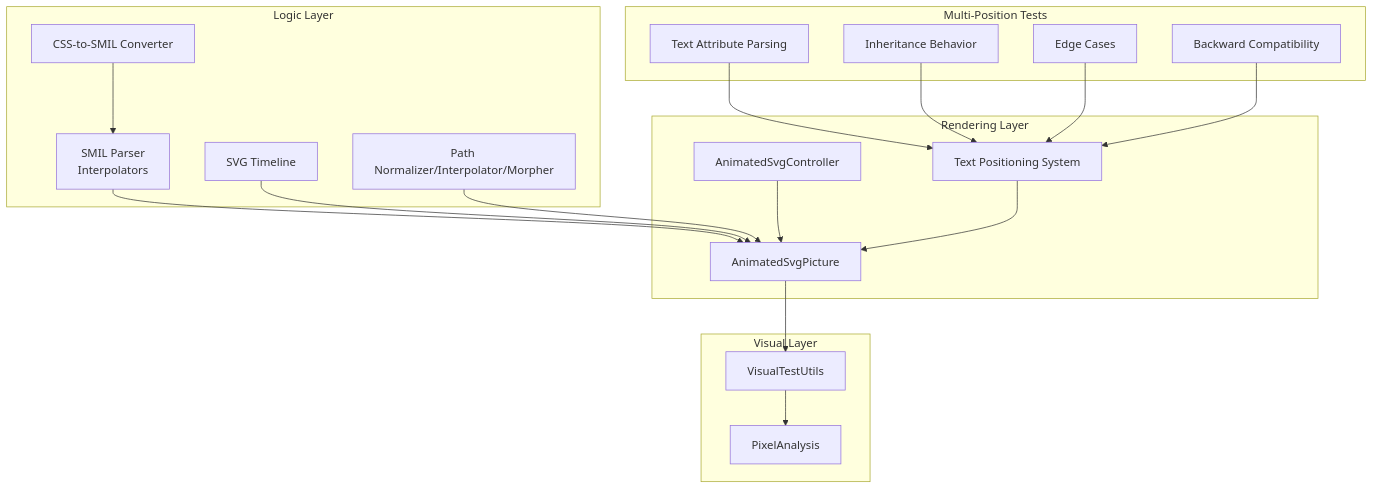
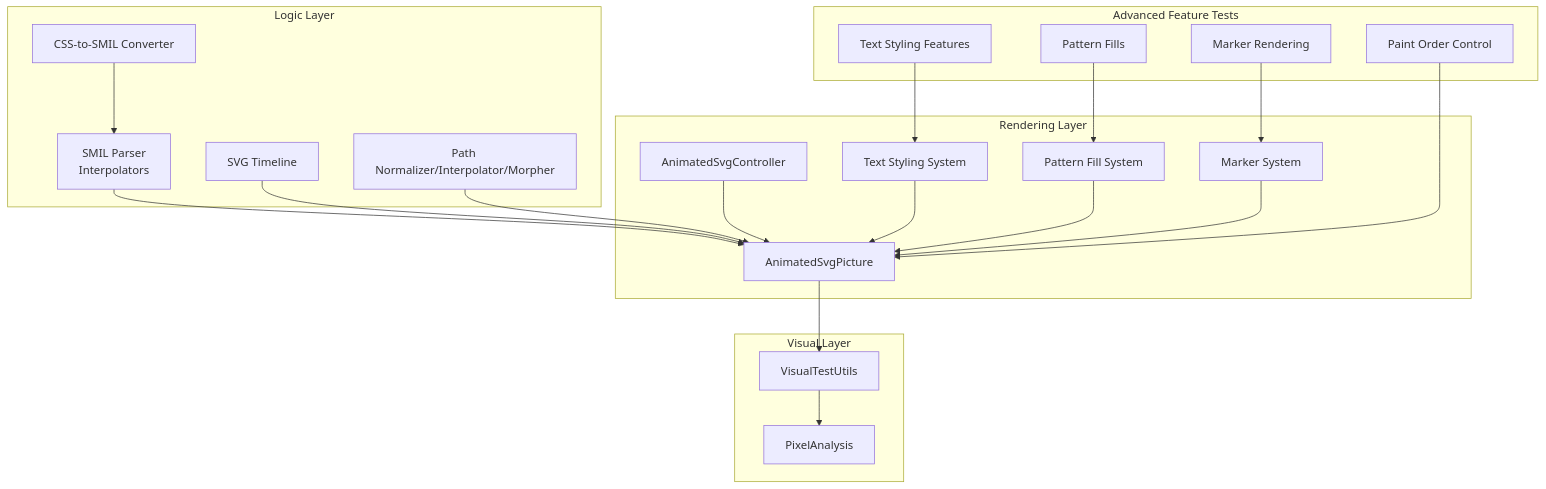
One commit to denisnadey/flutter_full_svg_support changed the second of 9 diagrams in .qoder/repowiki/en/content/Testing and Quality Assurance.md. Above: the diagram before and after it, drawn with Mermaid. The commit also changed other lines of this file and 86 other files, not shown here.

````diff
--- a/.qoder/repowiki/en/content/Testing and Quality Assurance.md
+++ b/.qoder/repowiki/en/content/Testing and Quality Assurance.md
@@ -147,36 +186,40 @@
 ```mermaid
 graph TB
 subgraph "Logic Layer"
 L1["SMIL Parser<br/>Interpolators"]
 L2["SVG Timeline"]
 L3["CSS-to-SMIL Converter"]
 L4["Path Normalizer/Interpolator/Morpher"]
 end
 subgraph "Rendering Layer"
 R1["AnimatedSvgPicture"]
 R2["AnimatedSvgController"]
-R3["Text Positioning System"]
+R3["Text Styling System"]
+R4["Pattern Fill System"]
+R5["Marker System"]
 end
 subgraph "Visual Layer"
 V1["VisualTestUtils"]
 V2["PixelAnalysis"]
 end
-subgraph "Multi-Position Tests"
-M1["Text Attribute Parsing"]
-M2["Inheritance Behavior"]
-M3["Edge Cases"]
-M4["Backward Compatibility"]
+subgraph "Advanced Feature Tests"
+AF1["Marker Rendering"]
+AF2["Paint Order Control"]
+AF3["Pattern Fills"]
+AF4["Text Styling Features"]
 end
 L1 --> R1
 L2 --> R1
 L3 --> L1
 L4 --> R1
 R2 --> R1
 R3 --> R1
+R4 --> R1
+R5 --> R1
 R1 --> V1
 V1 --> V2
-M1 --> R3
-M2 --> R3
-M3 --> R3
-M4 --> R3
+AF1 --> R5
+AF2 --> R1
+AF3 --> R4
+AF4 --> R3
 ```
````
